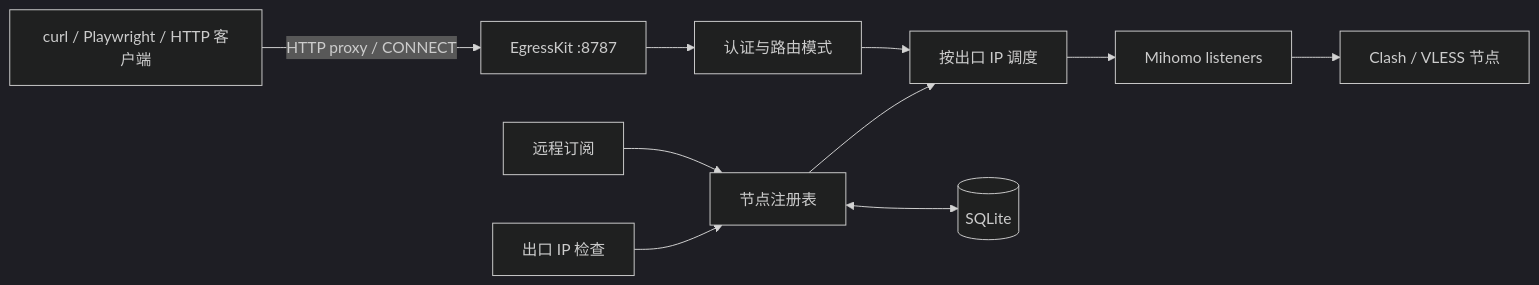
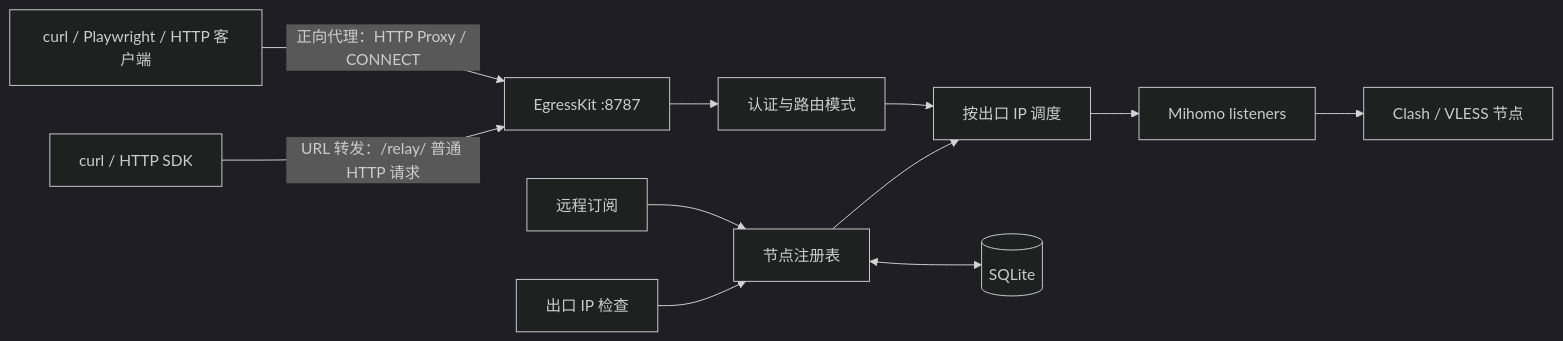
The first of 2 diagrams in README.md (heyjunpenn/EgressKit), drawn with Mermaid (dark theme) before and after one commit. The commit also changed other lines of this file and 24 other files, not shown here.

Commit message:
feat: add single-core Mihomo runtime and URL relay access

````diff
--- a/README.md
+++ b/README.md
@@ -128,12 +180,13 @@
 ```mermaid
 flowchart LR
-    client["curl / Playwright / HTTP 客户端"] -->|"HTTP proxy / CONNECT"| gateway["EgressKit :8787"]
+    client["curl / Playwright / HTTP 客户端"] -->|"正向代理：HTTP Proxy / CONNECT"| gateway["EgressKit :8787"]
+    relayClient["curl / HTTP SDK"] -->|"URL 转发：/relay/ 普通 HTTP 请求"| gateway
     gateway --> auth["认证与路由模式"]
     auth --> scheduler["按出口 IP 调度"]
     scheduler --> listeners["Mihomo listeners"]
     listeners --> nodes["Clash / VLESS 节点"]
     subscriptions["远程订阅"] --> registry["节点注册表"]
     health["出口 IP 检查"] --> registry
     registry --> scheduler
     registry <--> sqlite[("SQLite")]
 ```
````
